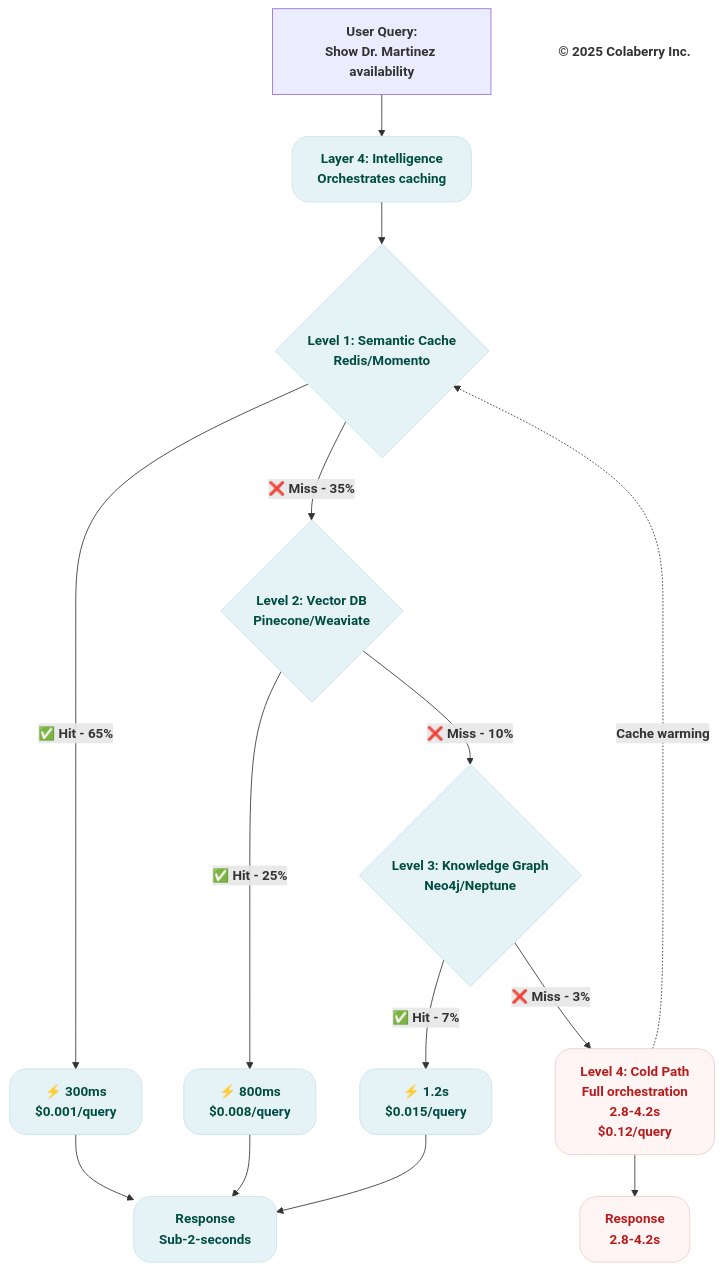
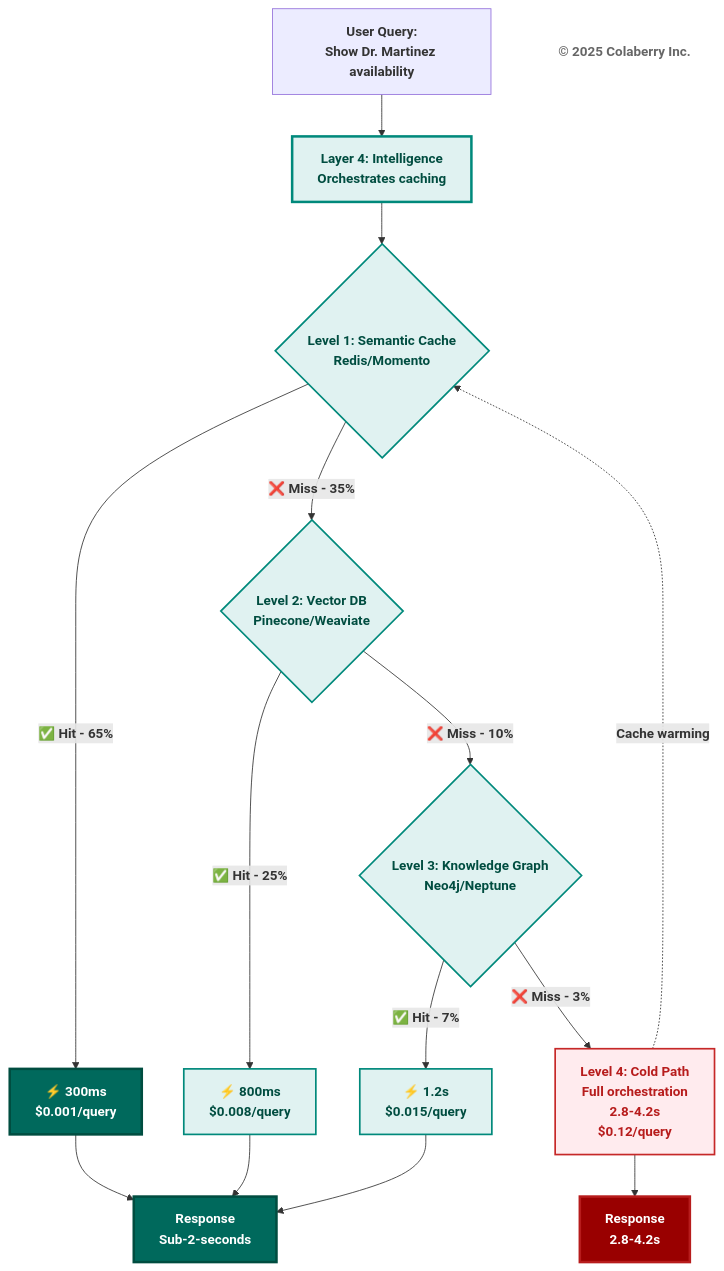
One commit to saitejesh-cyber/trust-before-intelligence-book changed the ninth of 14 diagrams in manuscript/08_chapter_7_goals_framework.md. Above: the diagram before and after it, drawn with Mermaid. The commit also changed other lines of this file and 12 other files, not shown here.

Commit message:
Restore legacy Mermaid styles for Option 1

````diff
--- a/manuscript/08_chapter_7_goals_framework.md
+++ b/manuscript/08_chapter_7_goals_framework.md
@@ -1041,41 +1041,41 @@
 ```mermaid
 graph TD
     Q["<b>User Query:</b><br/><b>Show Dr. Martinez availability</b>"]
     
     Q --> L4["<b>Layer 4: Intelligence</b><br/><b>Orchestrates caching</b>"]
     
     L4 --> L1{"<b>Level 1: Semantic Cache</b><br/><b>Redis/Momento</b>"}
     
     L1 -->|<b>✅ Hit - 65%</b>| C1["<b>⚡ 300ms</b><br/><b>$0.001/query</b>"]
     
     L1 -->|<b>❌ Miss - 35%</b>| L2{"<b>Level 2: Vector DB</b><br/><b>Pinecone/Weaviate</b>"}
     
     L2 -->|<b>✅ Hit - 25%</b>| C2["<b>⚡ 800ms</b><br/><b>$0.008/query</b>"]
     
     L2 -->|<b>❌ Miss - 10%</b>| L3{"<b>Level 3: Knowledge Graph</b><br/><b>Neo4j/Neptune</b>"}
     
     L3 -->|<b>✅ Hit - 7%</b>| C3["<b>⚡ 1.2s</b><br/><b>$0.015/query</b>"]
     
     L3 -->|<b>❌ Miss - 3%</b>| COLD["<b>Level 4: Cold Path</b><br/><b>Full orchestration</b><br/><b>2.8-4.2s</b><br/><b>$0.12/query</b>"]
     
     C1 --> R["<b>Response</b><br/><b>Sub-2-seconds</b>"]
     C2 --> R
     C3 --> R
     COLD --> SLOW["<b>Response</b><br/><b>2.8-4.2s</b>"]
     
     COLD -.->|<b>Cache warming</b>| L1
     
-    style L4 fill:#e6f3f6,stroke:#c7e3ea,stroke-width:1px,color:#004d40,rx:20,ry:20
-    style C1 fill:#e6f3f6,stroke:#c7e3ea,stroke-width:1px,color:#004d40,rx:20,ry:20
-    style C2 fill:#e6f3f6,stroke:#c7e3ea,stroke-width:1px,color:#004d40,rx:20,ry:20
-    style C3 fill:#e6f3f6,stroke:#c7e3ea,stroke-width:1px,color:#004d40,rx:20,ry:20
-    style COLD fill:#fff5f5,stroke:#f2caca,stroke-width:1px,color:#b71c1c,rx:20,ry:20
-    style R fill:#e6f3f6,stroke:#c7e3ea,stroke-width:1px,color:#004d40,rx:20,ry:20
-    style SLOW fill:#fff5f5,stroke:#f2caca,stroke-width:1px,color:#b71c1c,rx:20,ry:20
-    style L1 fill:#e6f3f6,stroke:#c7e3ea,stroke-width:1px,color:#004d40,rx:20,ry:20
-    style L2 fill:#e6f3f6,stroke:#c7e3ea,stroke-width:1px,color:#004d40,rx:20,ry:20
-    style L3 fill:#e6f3f6,stroke:#c7e3ea,stroke-width:1px,color:#004d40,rx:20,ry:20
+    style L4 fill:#e0f2f1,stroke:#00897b,stroke-width:3px,color:#004d40
+    style C1 fill:#00695c,color:#ffffff,stroke:#004d40,stroke-width:3px
+    style C2 fill:#e0f2f1,stroke:#00897b,stroke-width:2px,color:#004d40
+    style C3 fill:#e0f2f1,stroke:#00897b,stroke-width:2px,color:#004d40
+    style COLD fill:#ffebee,stroke:#c62828,stroke-width:2px,color:#b71c1c
+    style R fill:#00695c,color:#ffffff,stroke:#004d40,stroke-width:3px
+    style SLOW fill:#990000,color:#ffffff,stroke:#b71c1c,stroke-width:3px
+    style L1 fill:#e0f2f1,stroke:#00897b,stroke-width:2px,color:#004d40
+    style L2 fill:#e0f2f1,stroke:#00897b,stroke-width:2px,color:#004d40
+    style L3 fill:#e0f2f1,stroke:#00897b,stroke-width:2px,color:#004d40
     
     Copyright["<b>© 2025 Colaberry Inc.</b>"]
-    style Copyright fill:none,stroke:none,color:#333333
+    style Copyright fill:#ffffff,stroke:none,color:#666666
 ```
````
